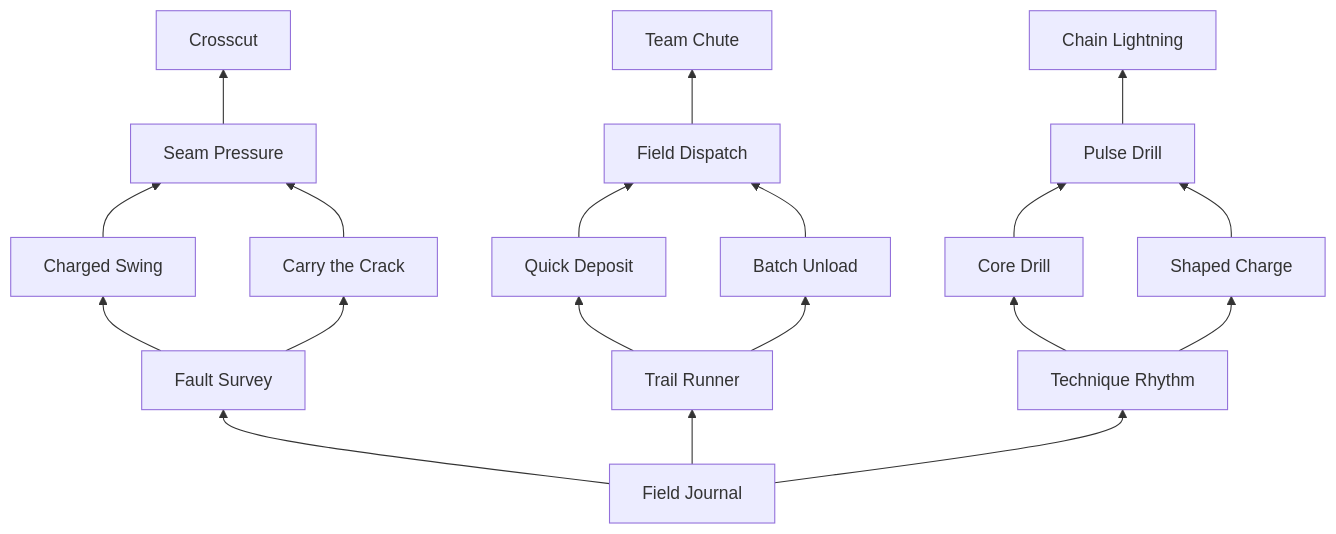
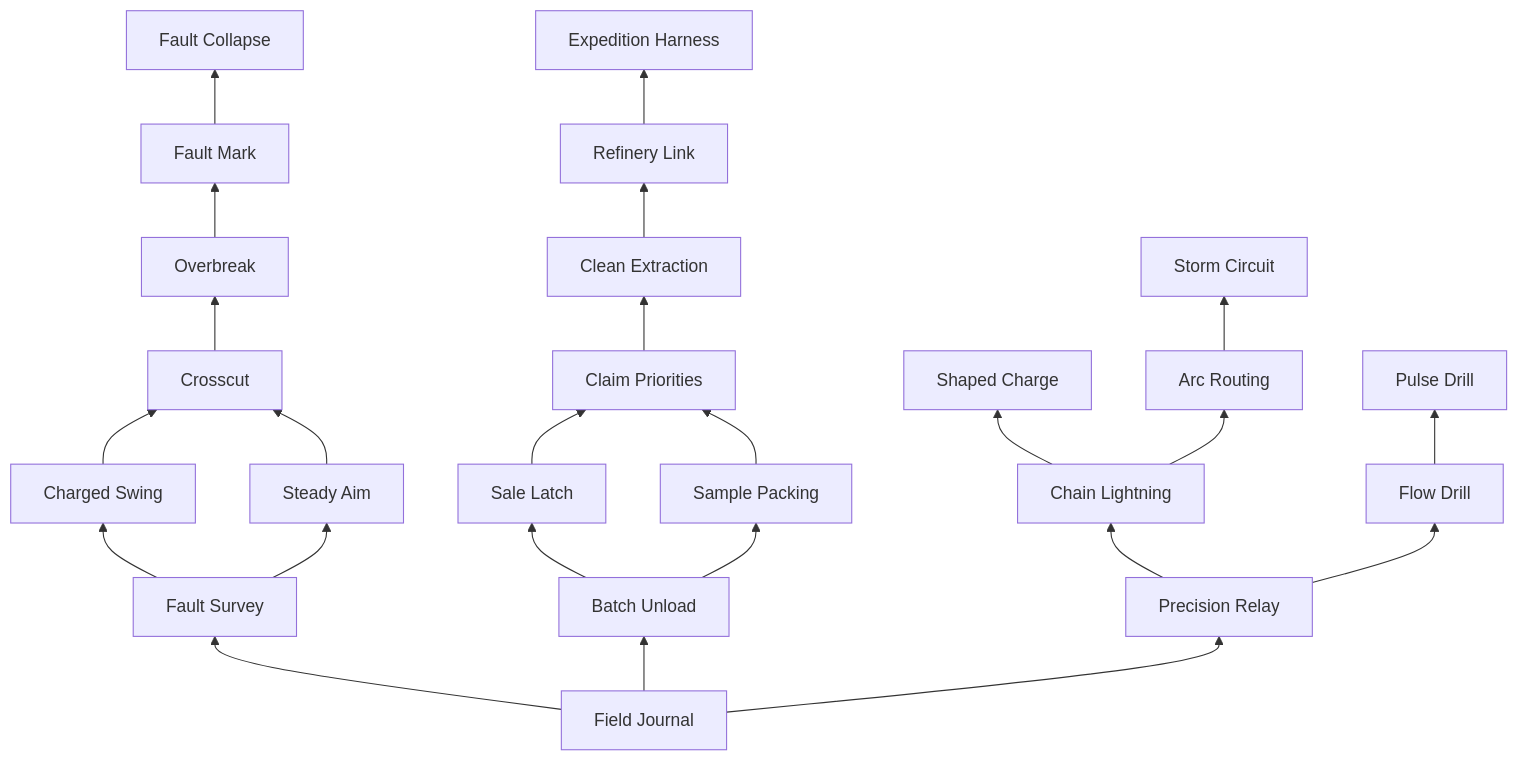
The diagram in docs/PHASE_5A_PROGRESSION_SPEC.md (alrimii/vesper-excavation), drawn with Mermaid before and after one commit. The commit also changed other lines of this file and 1 other file, not shown here.

````diff
--- a/docs/PHASE_5A_PROGRESSION_SPEC.md
+++ b/docs/PHASE_5A_PROGRESSION_SPEC.md
@@ -105,21 +123,26 @@
 ```mermaid
 flowchart BT
     Hub[Field Journal] --> A1[Fault Survey]
-    Hub --> B1[Trail Runner]
-    Hub --> C1[Technique Rhythm]
     A1 --> A2[Charged Swing]
-    A1 --> A3[Carry the Crack]
-    A2 --> A4[Seam Pressure]
+    A1 --> A3[Steady Aim]
+    A2 --> A4[Crosscut]
     A3 --> A4
-    A4 --> A5[Crosscut]
-    B1 --> B2[Quick Deposit]
-    B1 --> B3[Batch Unload]
-    B2 --> B4[Field Dispatch]
+    A4 --> A5[Overbreak]
+    A5 --> A6[Fault Mark]
+    A6 --> A7[Fault Collapse]
+    Hub --> B1[Batch Unload]
+    B1 --> B2[Sale Latch]
+    B1 --> B3[Sample Packing]
+    B2 --> B4[Claim Priorities]
     B3 --> B4
-    B4 --> B5[Team Chute]
-    C1 --> C2[Core Drill]
-    C1 --> C3[Shaped Charge]
-    C2 --> C4[Pulse Drill]
-    C3 --> C4
-    C4 --> C5[Chain Lightning]
+    B4 --> B5[Clean Extraction]
+    B5 --> B6[Refinery Link]
+    B6 --> B7[Expedition Harness]
+    Hub --> C1[Precision Relay]
+    C1 --> C2[Chain Lightning]
+    C1 --> C3[Flow Drill]
+    C2 --> C4[Shaped Charge]
+    C3 --> C5[Pulse Drill]
+    C2 --> C6[Arc Routing]
+    C6 --> C7[Storm Circuit]
 ```
````
